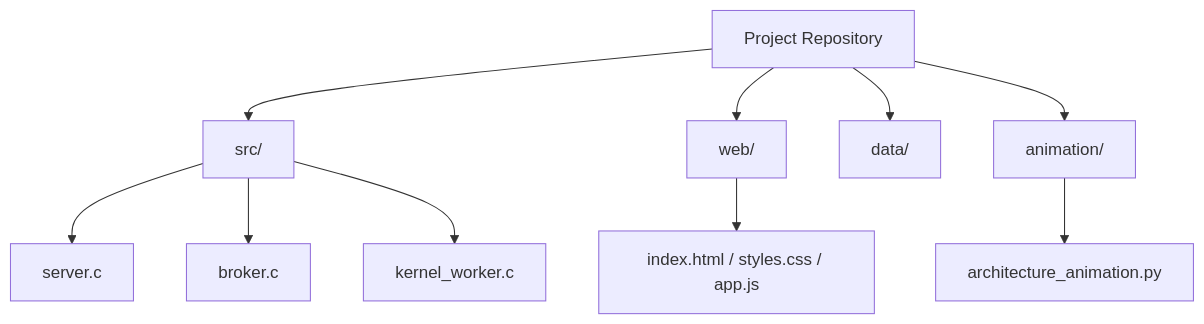
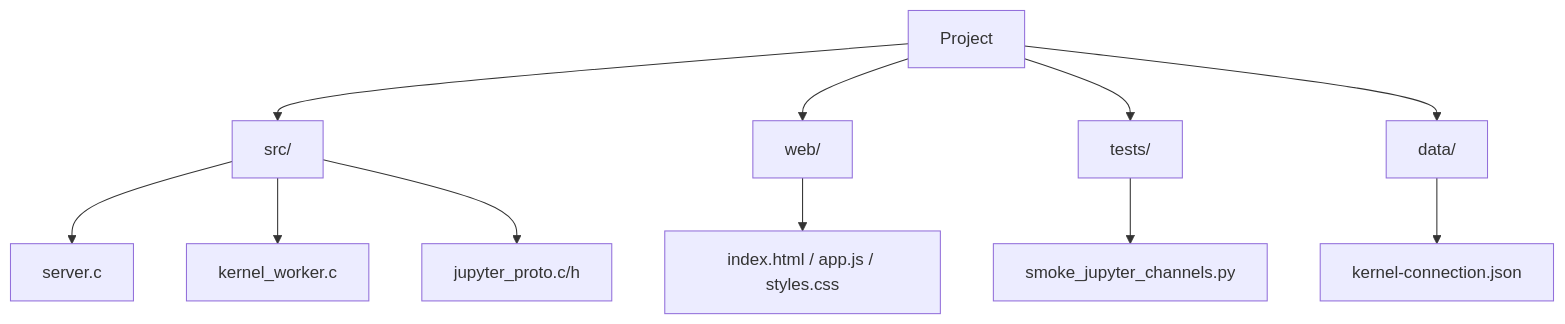
Diagram 15 of 15 in presentation/PRESENTATION_SLIDES.md (Andrew53O/zemomq-c-notebook), drawn with Mermaid before and after one commit. The commit also changed other lines of this file and 1 other file, not shown here.

Commit message:
docs: rebuild presentation for jupyter channels

````diff
--- a/presentation/PRESENTATION_SLIDES.md
+++ b/presentation/PRESENTATION_SLIDES.md
@@ -806,12 +659,13 @@
 ```mermaid
 flowchart TD
-    Repo["Project Repository"] --> Src["src/"]
+    Repo["Project"] --> Src["src/"]
     Repo --> Web["web/"]
+    Repo --> Tests["tests/"]
     Repo --> Data["data/"]
-    Repo --> Animation["animation/"]
     Src --> Server["server.c"]
-    Src --> Broker["broker.c"]
-    Src --> Worker["kernel_worker.c"]
-    Web --> UI["index.html / styles.css / app.js"]
-    Animation --> Manim["architecture_animation.py"]
+    Src --> Kernel["kernel_worker.c"]
+    Src --> Proto["jupyter_proto.c/h"]
+    Web --> UI["index.html / app.js / styles.css"]
+    Tests --> Smoke["smoke_jupyter_channels.py"]
+    Data --> Conn["kernel-connection.json"]
 ```
````
